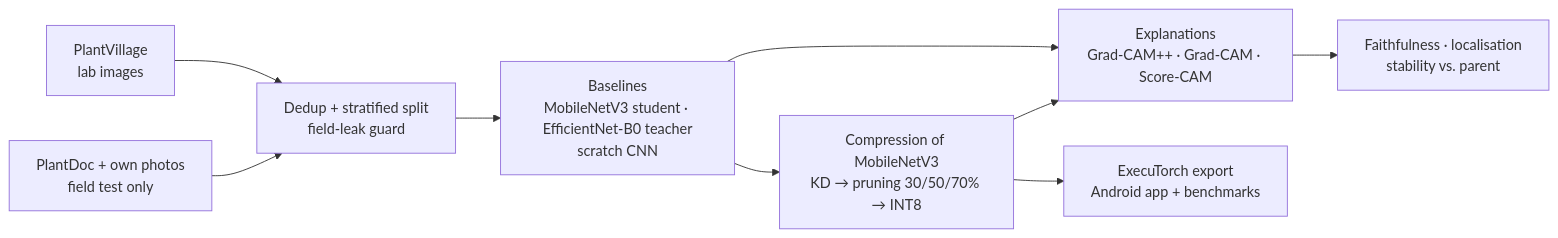
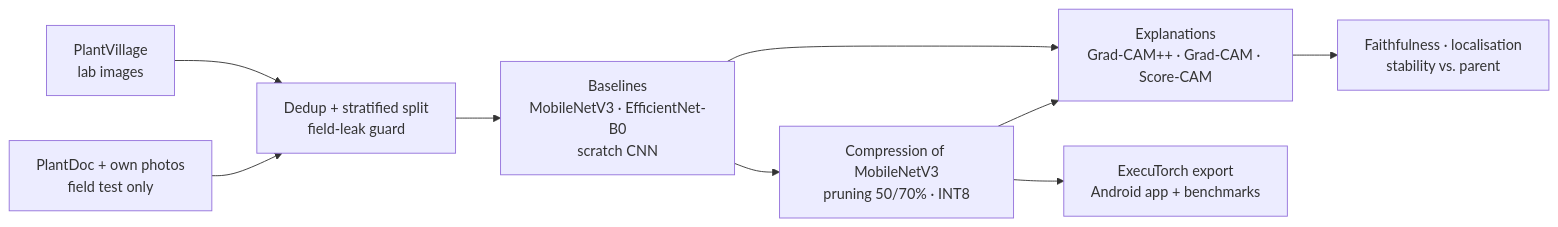
Before and after one commit to ranjanvrma/crop-disease-xai: the diagram in README.md, drawn with Mermaid. The commit also changed other lines of this file and 32 other files, not shown here.

First line of the commit message:
Phase 4 on a 1-1.5 GPU-hour budget: pruning + INT8 of the finished MobileNetV3

````diff
--- a/README.md
+++ b/README.md
@@ -50,11 +49,11 @@
 ```mermaid
 flowchart LR
     A[PlantVillage<br/>lab images] --> B[Dedup + stratified split<br/>field-leak guard]
     F[PlantDoc + own photos<br/>field test only] --> B
-    B --> C[Baselines<br/>MobileNetV3 student · EfficientNet-B0 teacher<br/>scratch CNN]
+    B --> C[Baselines<br/>MobileNetV3 · EfficientNet-B0<br/>scratch CNN]
     C --> D[Explanations<br/>Grad-CAM++ · Grad-CAM · Score-CAM]
-    C --> E[Compression of MobileNetV3<br/>KD → pruning 30/50/70% → INT8]
+    C --> E[Compression of MobileNetV3<br/>pruning 50/70% · INT8]
     E --> D
     D --> G[Faithfulness · localisation<br/>stability vs. parent]
     E --> H[ExecuTorch export<br/>Android app + benchmarks]
 ```
````
